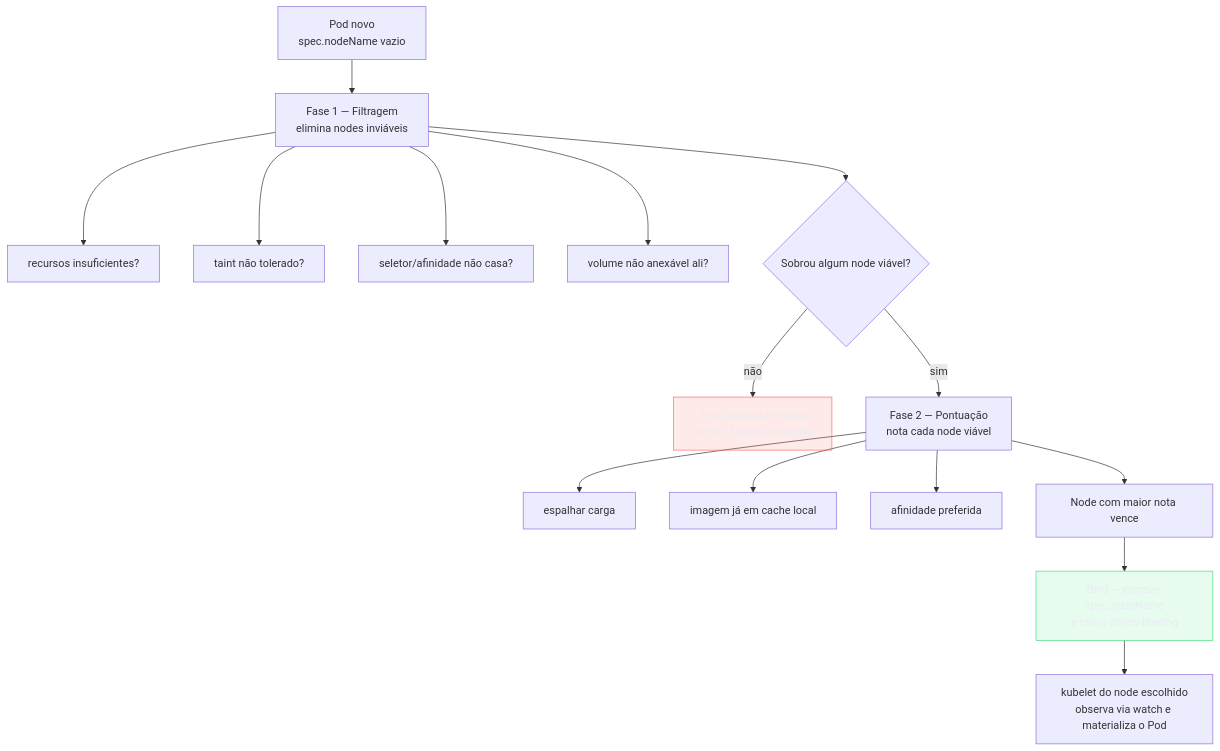
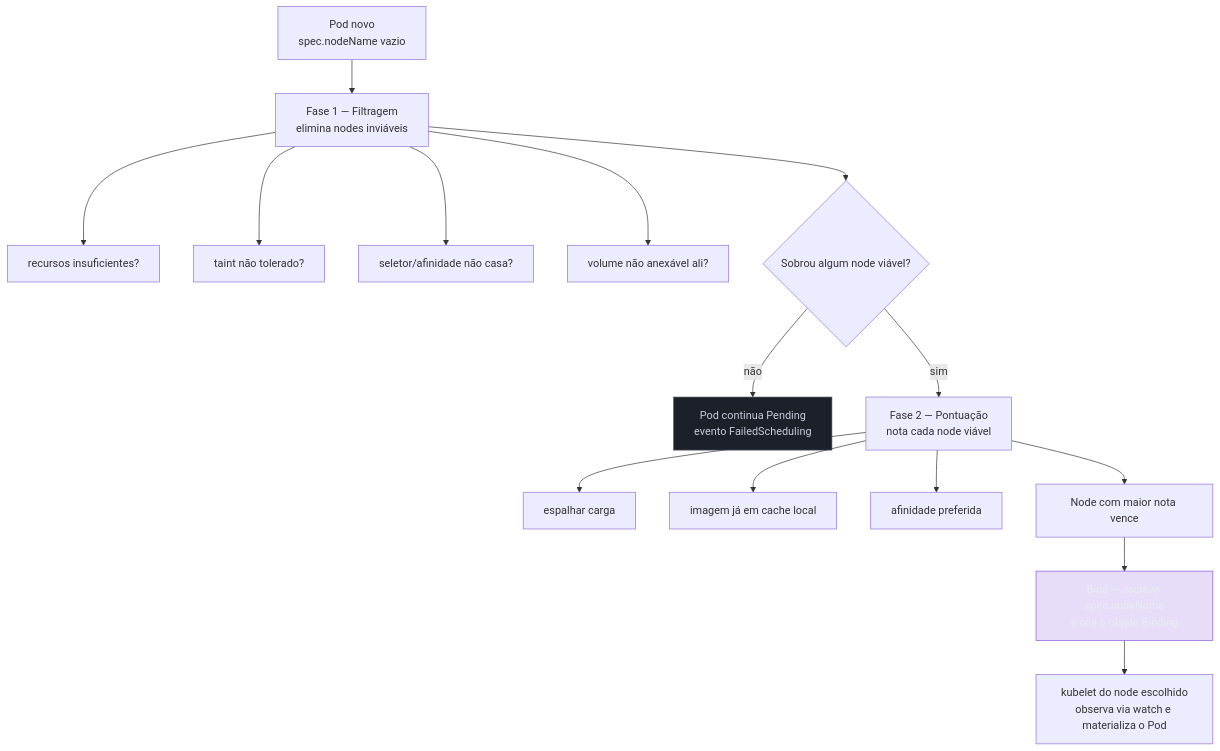
One commit to josenaldo/codex-technomanticus changed the first of 3 diagrams in 03-Dominios/Tecnologia/Infraestrutura/Kubernetes/12 - Scheduling.md. Above: the diagram before and after it, drawn with Mermaid. The commit also changed other lines of this file and 601 other files, not shown here.

````diff
--- a/03-Dominios/Tecnologia/Infraestrutura/Kubernetes/12 - Scheduling.md
+++ b/03-Dominios/Tecnologia/Infraestrutura/Kubernetes/12 - Scheduling.md
@@ -33,22 +33,22 @@
 ```mermaid
 graph TB
-    classDef falha fill:#FF6B6B24,stroke:#FF6B6B,color:#E9ECF2
-    classDef ok fill:#4ADE8021,stroke:#4ADE80,color:#E9ECF2
+    classDef marca fill:#8855DF33,stroke:#8855DF,color:#E9ECF2
+    classDef neutro fill:#1B2029,stroke:#4E5666,color:#C6CCD8
     P["Pod novo<br/>spec.nodeName vazio"] --> F["Fase 1 — Filtragem<br/>elimina nodes inviáveis"]
     F --> F1["recursos insuficientes?"]
     F --> F2["taint não tolerado?"]
     F --> F3["seletor/afinidade não casa?"]
     F --> F4["volume não anexável ali?"]
     F --> N{"Sobrou algum node viável?"}
     N -->|"não"| PEND["Pod continua Pending<br/>evento FailedScheduling"]
     N -->|"sim"| S["Fase 2 — Pontuação<br/>nota cada node viável"]
     S --> S1["espalhar carga"]
     S --> S2["imagem já em cache local"]
     S --> S3["afinidade preferida"]
     S --> W["Node com maior nota vence"]
     W --> B["Bind — escreve spec.nodeName<br/>e cria o objeto Binding"]
     B --> K["kubelet do node escolhido<br/>observa via watch e materializa o Pod"]
 
-    class PEND falha
-    class B ok
+    class PEND neutro
+    class B marca
 ```
````
